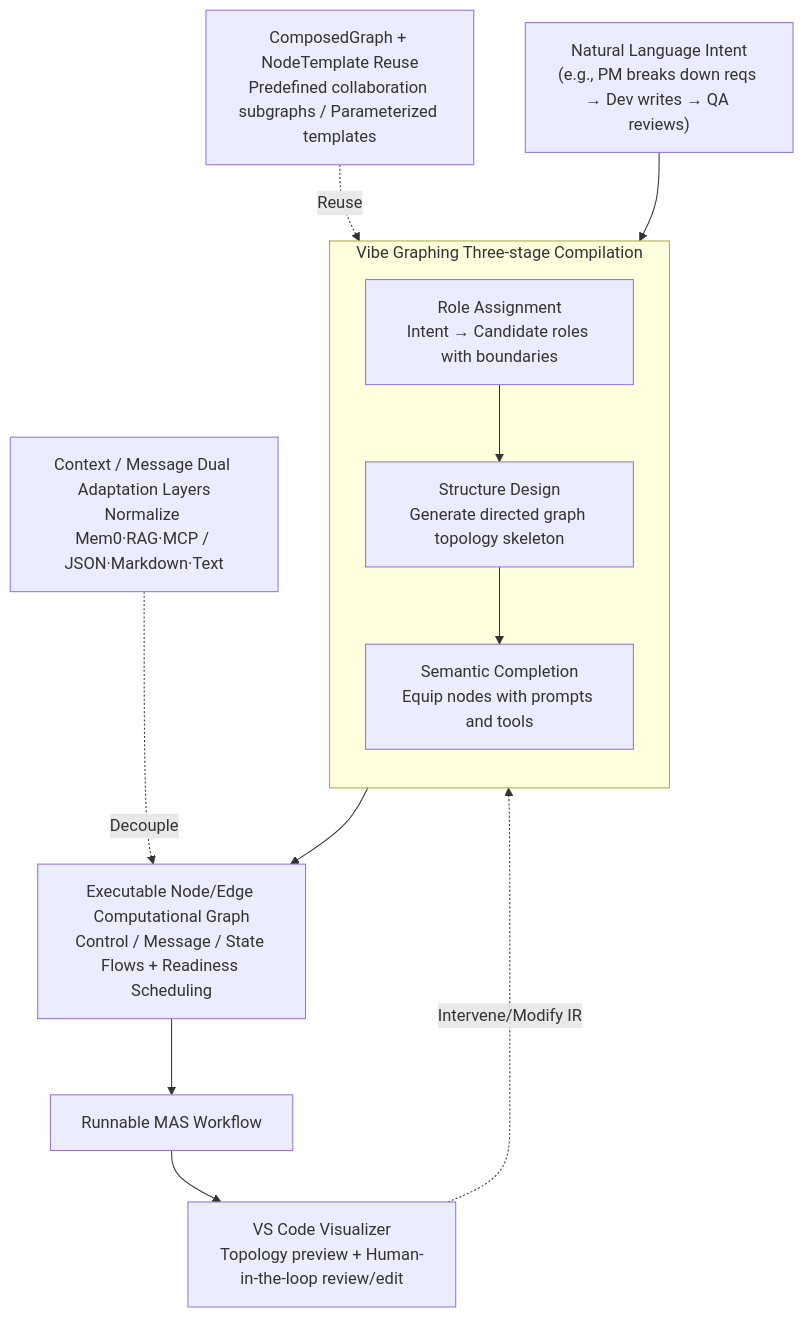
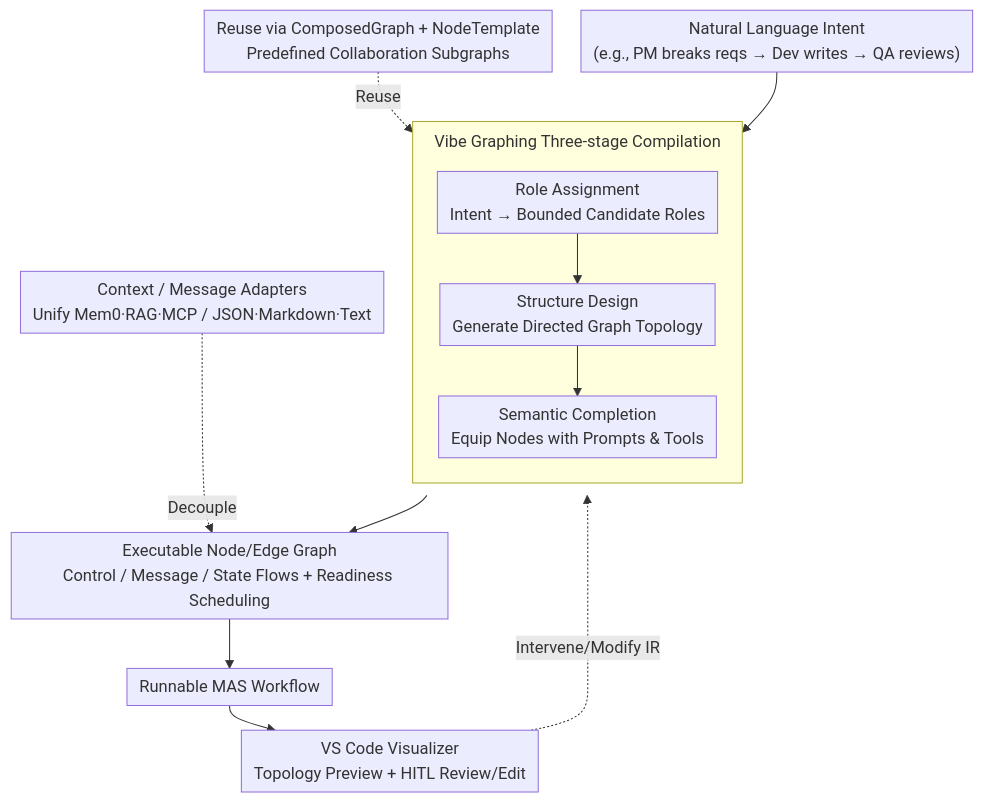
The diagram in docs/ACL2026/multi_agent/masfactory_a_graph-centric_framework_for_orchestrating_llm-based_multi-agent_sys.md (zhaoyang97/Paper-Notes-en), drawn with Mermaid before and after one commit. The commit also changed other lines of this file and 5084 other files, not shown here.

````diff
--- a/docs/ACL2026/multi_agent/masfactory_a_graph-centric_framework_for_orchestrating_llm-based_multi-agent_sys.md
+++ b/docs/ACL2026/multi_agent/masfactory_a_graph-centric_framework_for_orchestrating_llm-based_multi-agent_sys.md
@@ -44,15 +44,16 @@
 ```mermaid
-graph TD
-    A["Natural Language Intent<br/>(e.g., PM breaks down reqs → Dev writes → QA reviews)"] --> VG
+%%{init: {'flowchart': {'rankSpacing': 24, 'nodeSpacing': 28, 'padding': 6, 'wrappingWidth': 400, 'subGraphTitleMargin': {'top': 8, 'bottom': 16}}}}%%
+flowchart TD
+    A["Natural Language Intent<br/>(e.g., PM breaks reqs → Dev writes → QA reviews)"] --> VG
     subgraph VG["Vibe Graphing Three-stage Compilation"]
         direction TB
-        B["Role Assignment<br/>Intent → Candidate roles with boundaries"] --> C["Structure Design<br/>Generate directed graph topology skeleton"]
-        C --> D["Semantic Completion<br/>Equip nodes with prompts and tools"]
+        B["Role Assignment<br/>Intent → Bounded Candidate Roles"] --> C["Structure Design<br/>Generate Directed Graph Topology"]
+        C --> D["Semantic Completion<br/>Equip Nodes with Prompts & Tools"]
     end
-    TPL["ComposedGraph + NodeTemplate Reuse<br/>Predefined collaboration subgraphs / Parameterized templates"] -.Reuse.-> C
-    VG --> E["Executable Node/Edge Computational Graph<br/>Control / Message / State Flows + Readiness Scheduling"]
-    ADP["Context / Message Dual Adaptation Layers<br/>Normalize Mem0·RAG·MCP / JSON·Markdown·Text"] -.Decouple.-> E
+    TPL["Reuse via ComposedGraph + NodeTemplate<br/>Predefined Collaboration Subgraphs"] -.Reuse.-> C
+    VG --> E["Executable Node/Edge Graph<br/>Control / Message / State Flows + Readiness Scheduling"]
+    ADP["Context / Message Adapters<br/>Unify Mem0·RAG·MCP / JSON·Markdown·Text"] -.Decouple.-> E
     E --> F["Runnable MAS Workflow"]
-    F --> G["VS Code Visualizer<br/>Topology preview + Human-in-the-loop review/edit"]
+    F --> G["VS Code Visualizer<br/>Topology Preview + HITL Review/Edit"]
     G -.Intervene/Modify IR.-> VG
 ```
````
